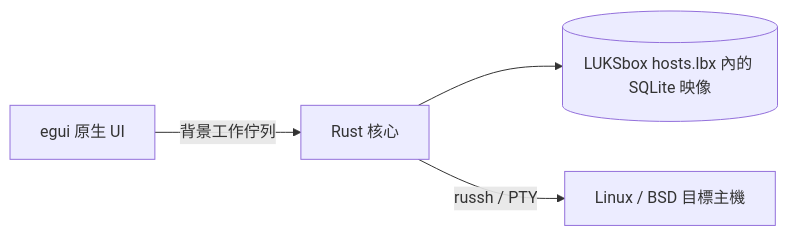
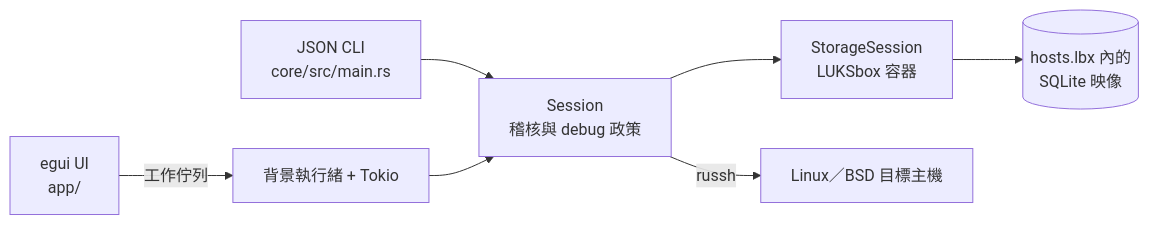
One commit to Sparxilium-Network/MISF-Management-Terminal changed the diagram in docs/architecture.md. Above: the diagram before and after it, drawn with Mermaid. The commit also changed other lines of this file and 6 other files, not shown here.

First line of the commit message:
Rewrite the architecture doc and warn that only APT is field-tested

````diff
--- a/docs/architecture.md
+++ b/docs/architecture.md
@@ -11,6 +16,9 @@
 ```mermaid
 flowchart LR
-    UI[egui 原生 UI] -->|背景工作佇列| Core[Rust 核心]
-    Core --> Store[(LUKSbox hosts.lbx 內的 SQLite 映像)]
-    Core -->|russh / PTY| Host[Linux / BSD 目標主機]
+    UI[egui UI<br/>app/] -->|工作佇列| Worker[背景執行緒 + Tokio]
+    CLI[JSON CLI<br/>core/src/main.rs] --> Session
+    Worker --> Session[Session<br/>稽核與 debug 政策]
+    Session --> Storage[StorageSession<br/>LUKSbox 容器]
+    Storage --> DB[(hosts.lbx 內的<br/>SQLite 映像)]
+    Session -->|russh| Host[Linux／BSD 目標主機]
 ```
````
